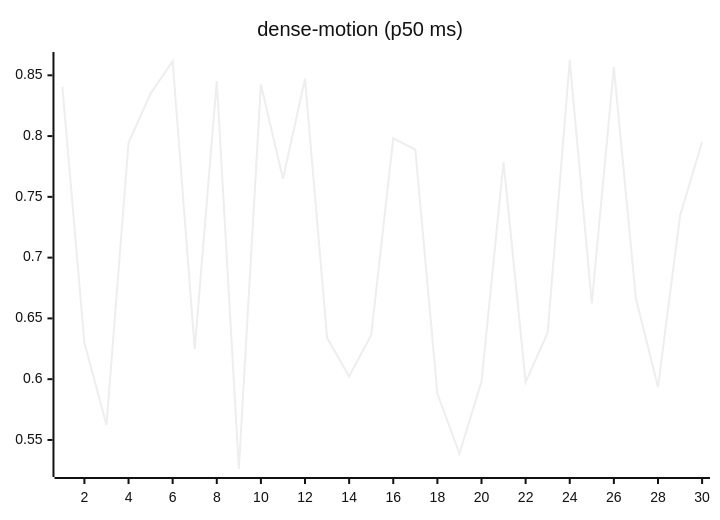
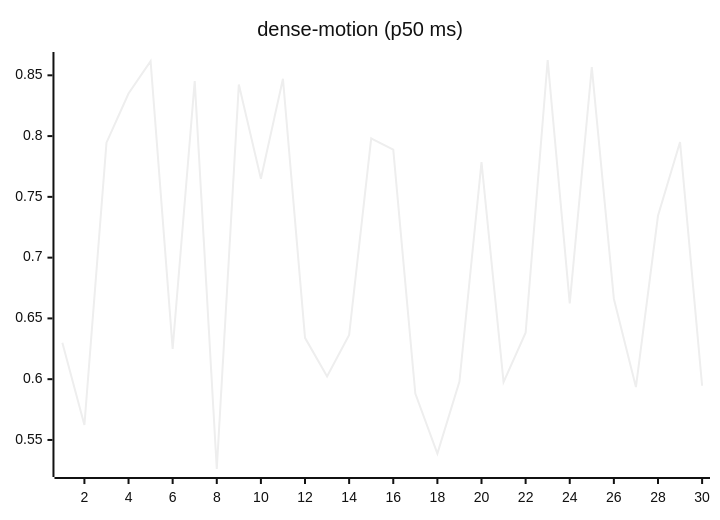
The ninth of 27 diagrams in README.md (josha/Facet), drawn with Mermaid (neutral theme) before and after one commit. The commit also changed other lines of this file and 2 other files, not shown here.

````diff
--- a/README.md
+++ b/README.md
@@ -119,6 +119,6 @@
 ```mermaid
 xychart-beta
     title "dense-motion (p50 ms)"
     x-axis 1 --> 30
-    line [0.8407, 0.6299, 0.5623, 0.7946, 0.8350, 0.8616, 0.6249, 0.8453, 0.5261, 0.8424, 0.7649, 0.8471, 0.6340, 0.6023, 0.6364, 0.7981, 0.7888, 0.5881, 0.5388, 0.5980, 0.7785, 0.5976, 0.6382, 0.8626, 0.6624, 0.8567, 0.6662, 0.5935, 0.7344, 0.7951]
+    line [0.6299, 0.5623, 0.7946, 0.8350, 0.8616, 0.6249, 0.8453, 0.5261, 0.8424, 0.7649, 0.8471, 0.6340, 0.6023, 0.6364, 0.7981, 0.7888, 0.5881, 0.5388, 0.5980, 0.7785, 0.5976, 0.6382, 0.8626, 0.6624, 0.8567, 0.6662, 0.5935, 0.7344, 0.7951, 0.5946]
 ```
````
